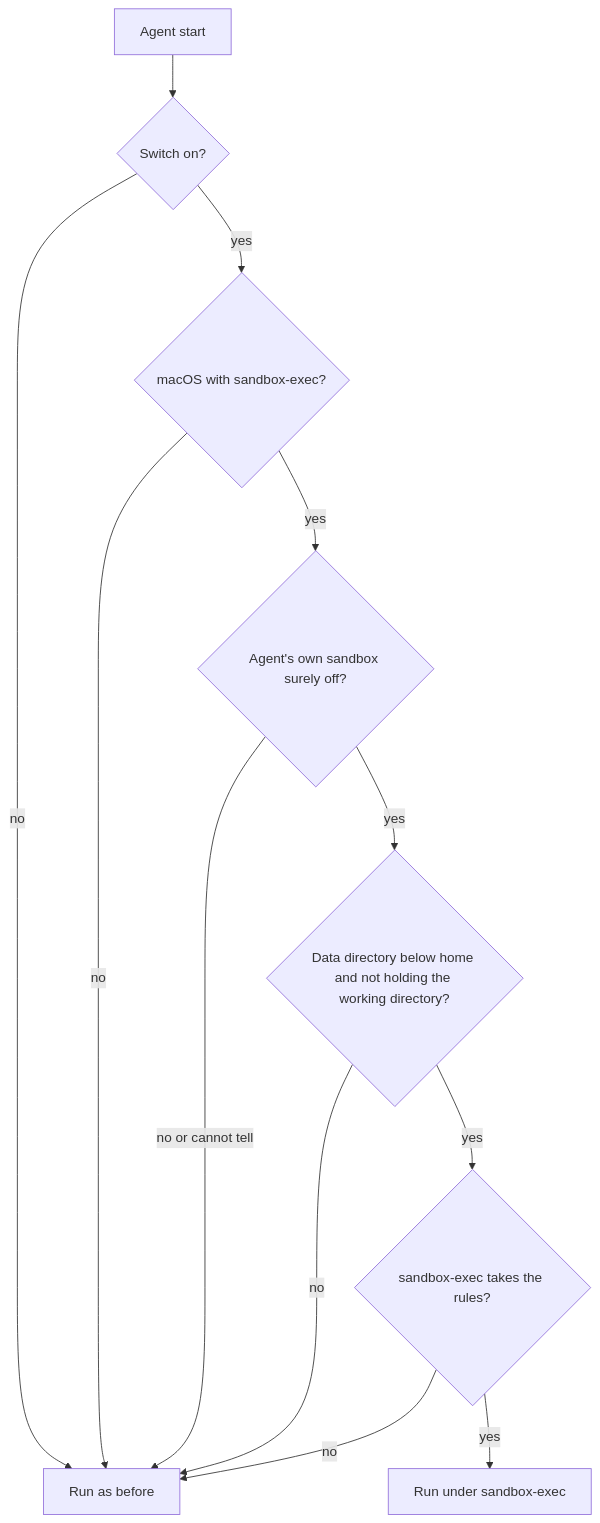
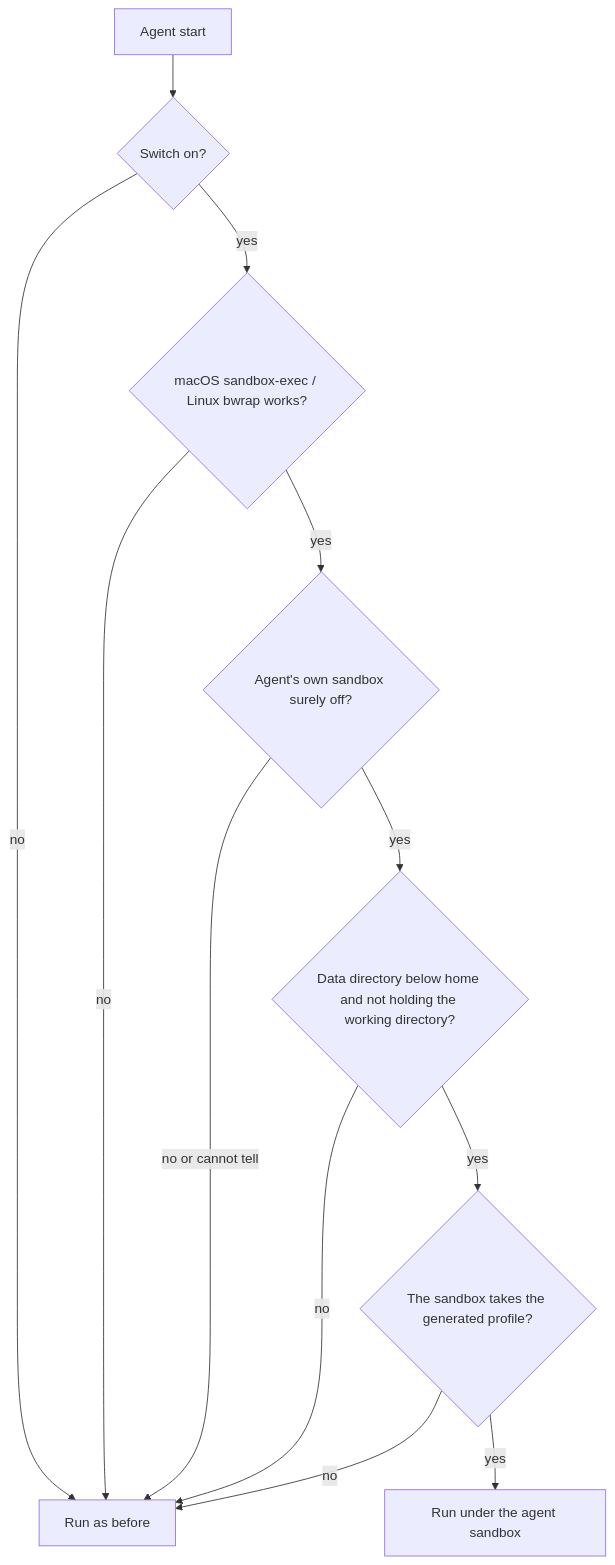
The diagram in docs/server/agent-sandbox.md (413180794/persona), drawn with Mermaid before and after one commit. The commit also changed other lines of this file and 12 other files, not shown here.

First line of the commit message:
feat(node): Linux agent sandbox on bubblewrap (#3425)

````diff
--- a/docs/server/agent-sandbox.md
+++ b/docs/server/agent-sandbox.md
@@ -73,14 +83,14 @@
 ```mermaid
 flowchart TD
   A[Agent start] --> B{Switch on?}
   B -- no --> R[Run as before]
-  B -- yes --> C{macOS with sandbox-exec?}
+  B -- yes --> C{macOS sandbox-exec / Linux bwrap works?}
   C -- no --> R
   C -- yes --> D{Agent's own sandbox surely off?}
   D -- "no or cannot tell" --> R
   D -- yes --> E{Data directory below home and not holding the working directory?}
   E -- no --> R
-  E -- yes --> F{sandbox-exec takes the rules?}
+  E -- yes --> F{The sandbox takes the generated profile?}
   F -- no --> R
-  F -- yes --> W[Run under sandbox-exec]
+  F -- yes --> W[Run under the agent sandbox]
 ```
````
